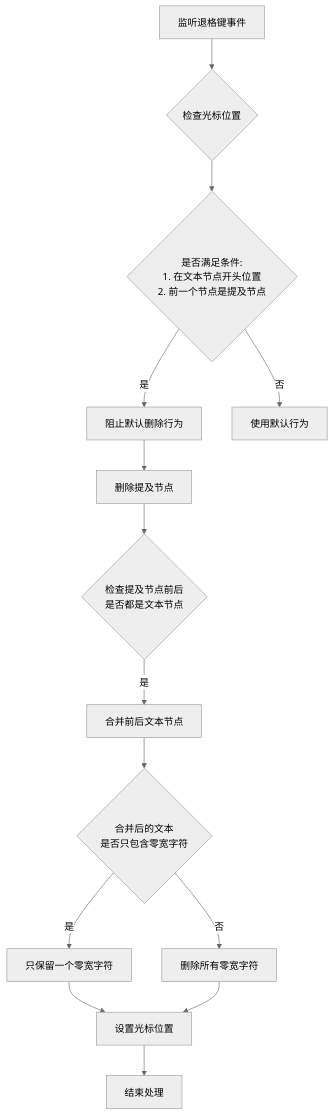
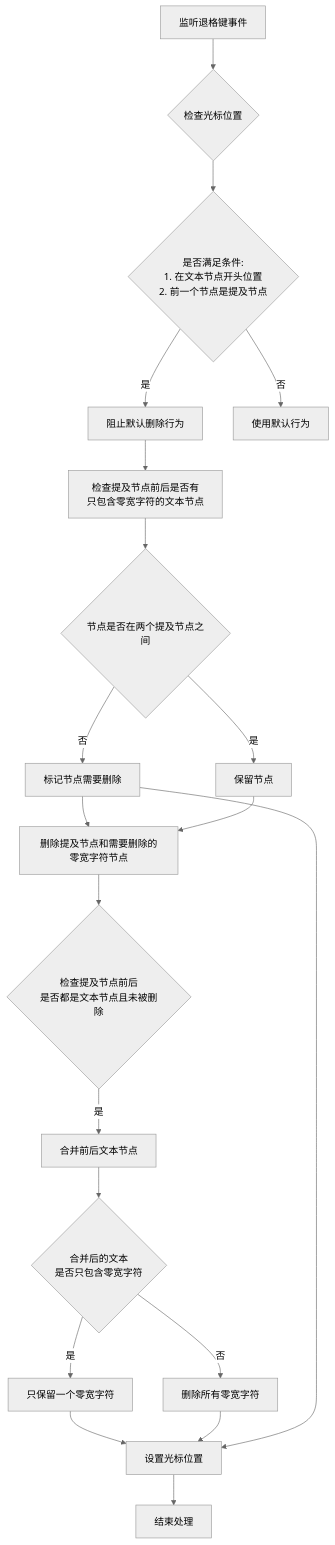
The diagram in apps/client/src/components/chat-input/plugins/mention-deletion.plugin/mention-node-deletion.plugin.md (guixin-ai/guixin), drawn with Mermaid (neutral theme) before and after one commit. The commit also changed other lines of this file and 3 other files, not shown here.

````diff
--- a/apps/client/src/components/chat-input/plugins/mention-deletion.plugin/mention-node-deletion.plugin.md
+++ b/apps/client/src/components/chat-input/plugins/mention-deletion.plugin/mention-node-deletion.plugin.md
@@ -15,16 +16,22 @@
 ```mermaid
 graph TD
     A[监听退格键事件] --> B{检查光标位置}
     B --> C{是否满足条件:<br>1. 在文本节点开头位置<br>2. 前一个节点是提及节点}
     C -->|是| D[阻止默认删除行为]
-    D --> E[删除提及节点]
-    E --> F{检查提及节点前后<br>是否都是文本节点}
+    D --> E1[检查提及节点前后是否有<br>只包含零宽字符的文本节点]
+    E1 --> E2{节点是否在两个提及节点之间}
+    E2 -->|否| E3[标记节点需要删除]
+    E2 -->|是| E4[保留节点]
+    E3 --> E[删除提及节点和需要删除的零宽字符节点]
+    E4 --> E
+    E --> F{检查提及节点前后<br>是否都是文本节点且未被删除}
     F -->|是| G[合并前后文本节点]
     G --> H{合并后的文本<br>是否只包含零宽字符}
     H -->|是| I[只保留一个零宽字符]
     H -->|否| J[删除所有零宽字符]
     I --> K[设置光标位置]
     J --> K
+    E3 --> K
     K --> L[结束处理]
     C -->|否| M[使用默认行为]
 ```
````
